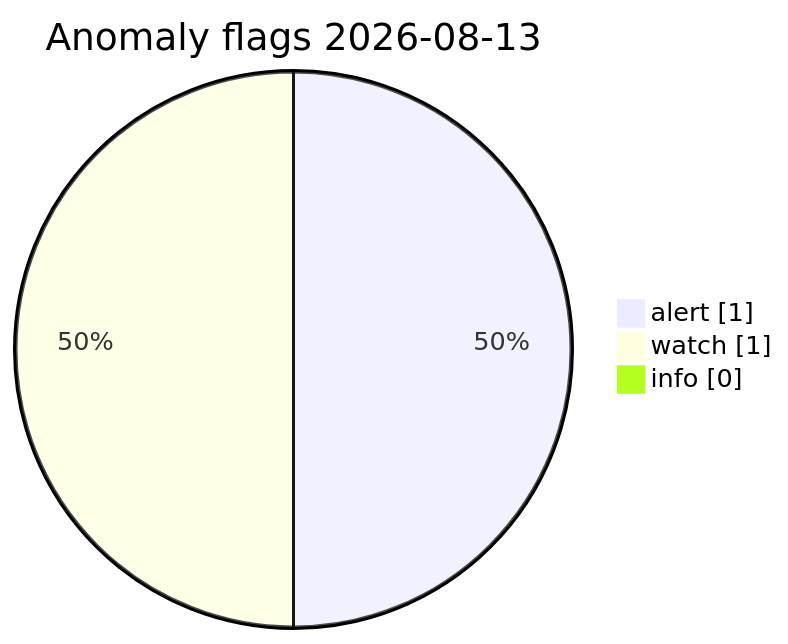
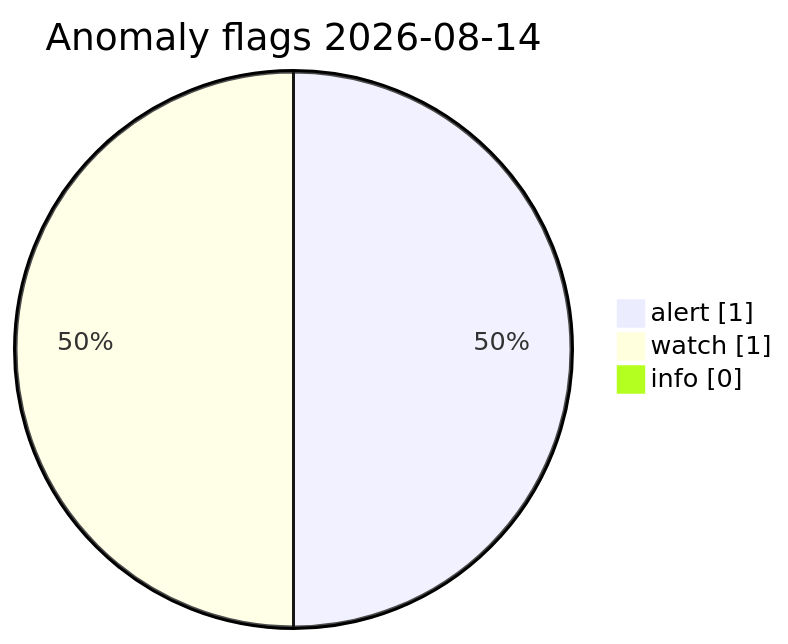
The diagram in visuals/latest/CHARTS.md (Midwest-Stratospheric/Unified-Open-Global-Weather), drawn with Mermaid before and after one commit. The commit also changed other lines of this file and 11 other files, not shown here.

Commit message:
data(visuals): automated charts 2026-08-14T09:45Z

````diff
--- a/visuals/latest/CHARTS.md
+++ b/visuals/latest/CHARTS.md
@@ -73,7 +73,7 @@
 ```mermaid
 pie showData
-  title Anomaly flags 2026-08-13
+  title Anomaly flags 2026-08-14
   "alert" : 1
   "watch" : 1
   "info" : 0
 ```
````
